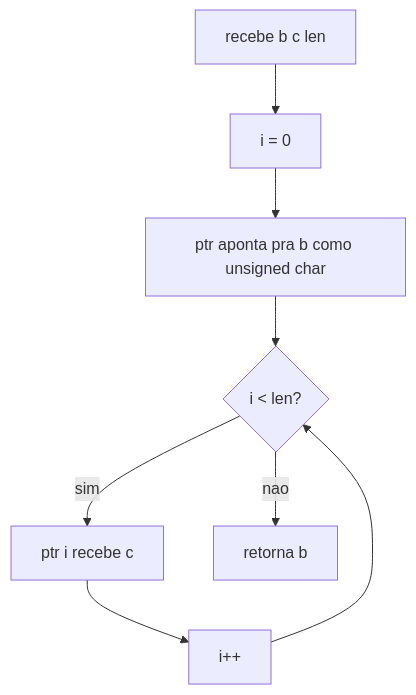
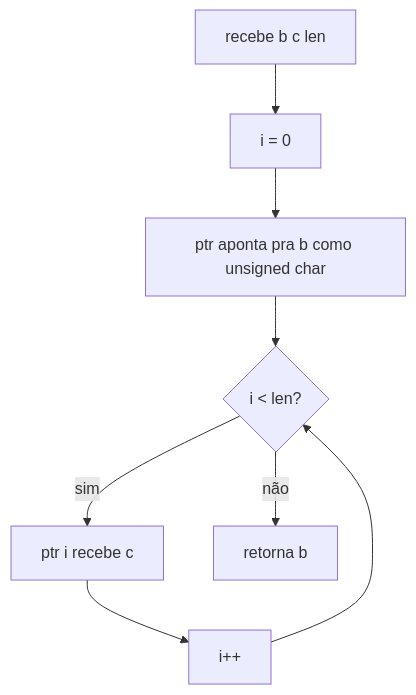
Before and after one commit to ahy-git/docs: the seventh of 43 diagrams in 1-libft/Readme.md, drawn with Mermaid. The commit also changed other lines of this file and 1 other file, not shown here.

````diff
--- a/1-libft/Readme.md
+++ b/1-libft/Readme.md
@@ -694,10 +694,10 @@
 ```mermaid
 flowchart TD
-	A[recebe b c len] --> B[i = 0]
-	B --> C[ptr aponta pra b como unsigned char]
-	C --> D{i < len?}
-	D -- sim --> E[ptr i recebe c]
-	E --> F[i++]
+	A["recebe b c len"] --> B["i = 0"]
+	B --> C["ptr aponta pra b como unsigned char"]
+	C --> D{"i < len?"}
+	D -- sim --> E["ptr i recebe c"]
+	E --> F["i++"]
 	F --> D
-	D -- nao --> G[retorna b]
+	D -- não --> G["retorna b"]
 ```
````
